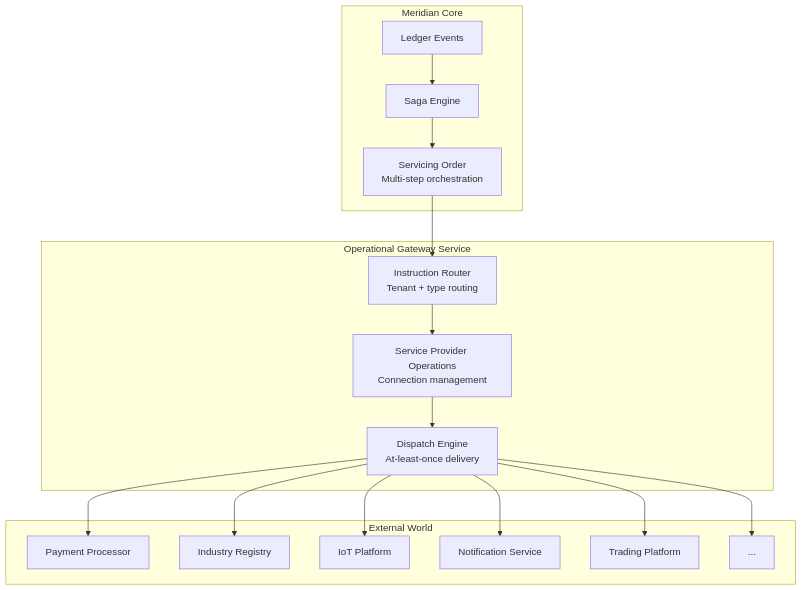
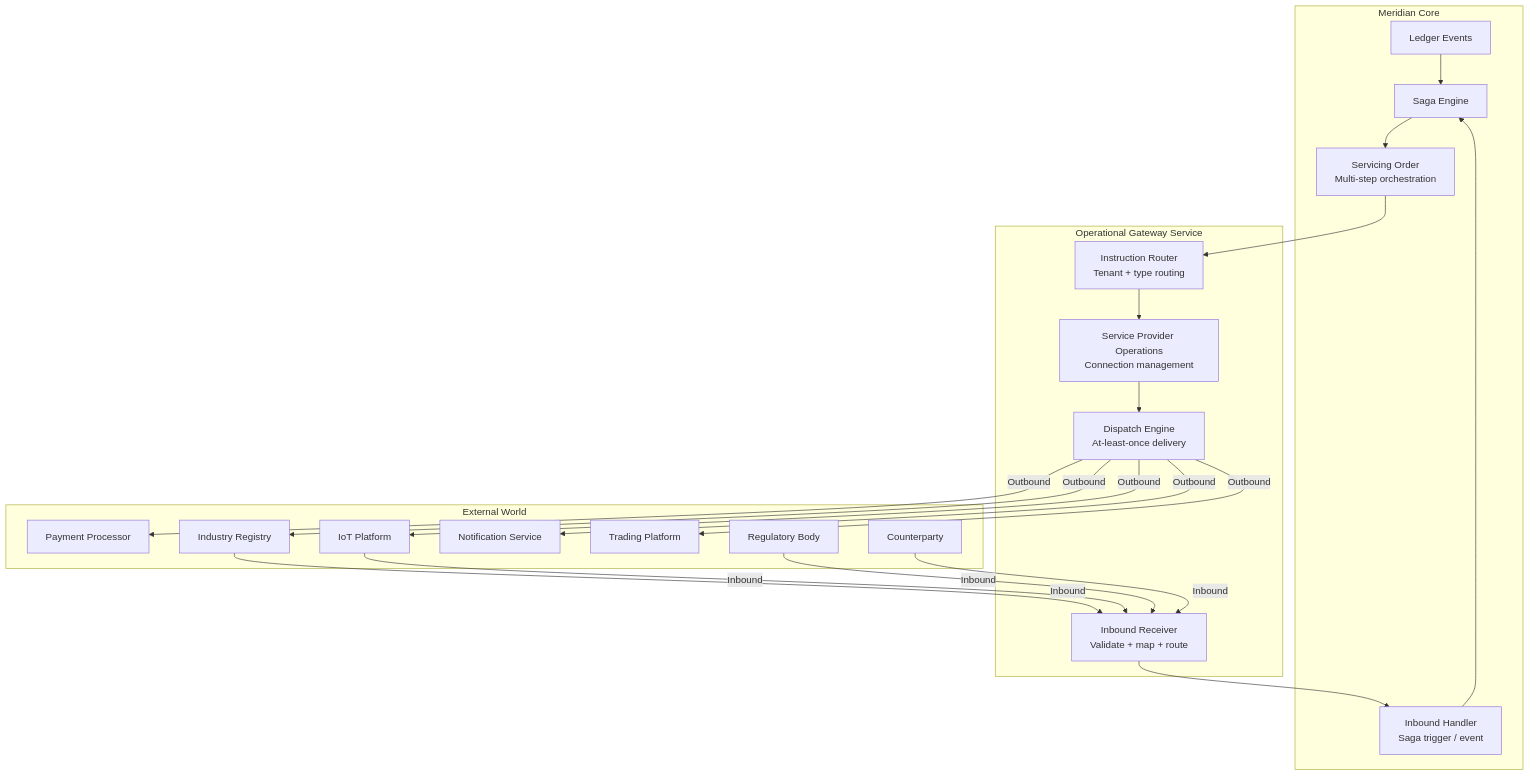
Before and after one commit to meridianhub/meridian: the first of 2 diagrams in docs/prd/029-operational-gateway.md, drawn with Mermaid. The commit also changed other lines of this file, not shown here.

````diff
--- a/docs/prd/029-operational-gateway.md
+++ b/docs/prd/029-operational-gateway.md
@@ -162,22 +229,27 @@
 ```mermaid
 graph TB
     subgraph Meridian Core
         L[Ledger Events] --> S[Saga Engine]
         S --> SO[Servicing Order<br/>Multi-step orchestration]
+        IH[Inbound Handler<br/>Saga trigger / event] --> S
     end
 
     subgraph Operational Gateway Service
         SO --> R[Instruction Router<br/>Tenant + type routing]
         R --> SPO[Service Provider Operations<br/>Connection management]
         SPO --> D[Dispatch Engine<br/>At-least-once delivery]
+        IR[Inbound Receiver<br/>Validate + map + route] --> IH
     end
 
     subgraph External World
-        D --> P1[Payment Processor]
-        D --> P2[Industry Registry]
-        D --> P3[IoT Platform]
-        D --> P4[Notification Service]
-        D --> P5[Trading Platform]
-        D --> PN[...]
+        D -->|Outbound| P1[Payment Processor]
+        D -->|Outbound| P2[Industry Registry]
+        D -->|Outbound| P3[IoT Platform]
+        D -->|Outbound| P4[Notification Service]
+        D -->|Outbound| P5[Trading Platform]
+        P2 -->|Inbound| IR
+        P3 -->|Inbound| IR
+        P6[Regulatory Body] -->|Inbound| IR
+        P7[Counterparty] -->|Inbound| IR
     end
 ```
````
